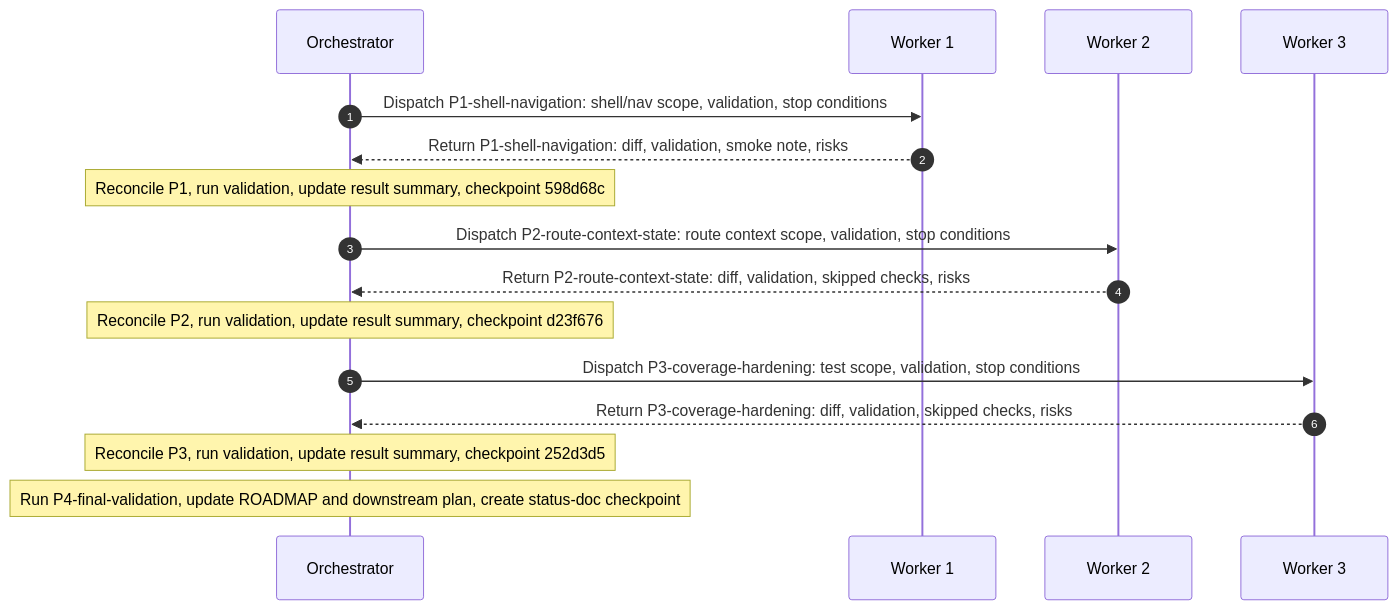
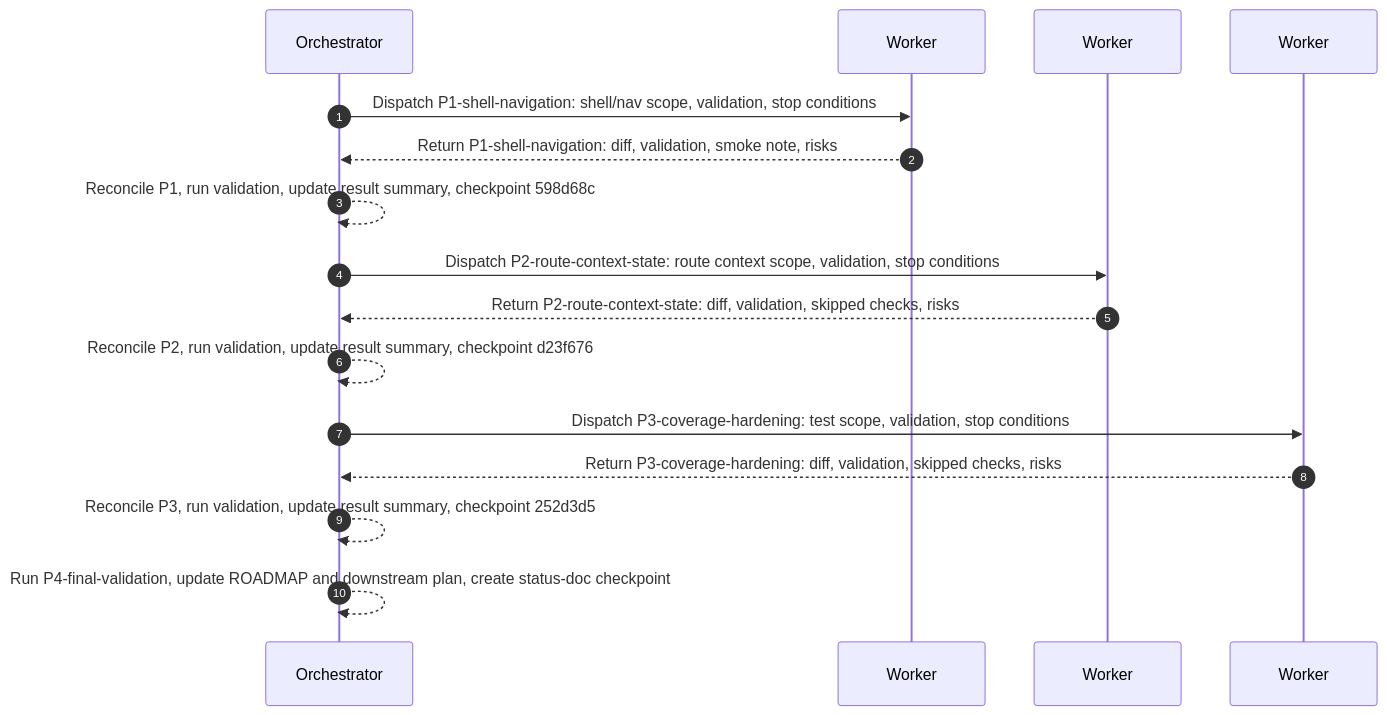
One commit to kamkie/technical-interview-frontend changed the diagram in .agents/plans/PLAN_production_ui_foundation.md. Above: the diagram before and after it, drawn with Mermaid. The commit also changed 4 other files, not shown here.

First line of the commit message:
docs(plans): replace `Note over` syntax in execution graphs with orchestrator self-messages

````diff
--- a/.agents/plans/PLAN_production_ui_foundation.md
+++ b/.agents/plans/PLAN_production_ui_foundation.md
@@ -481,22 +481,22 @@
 ```mermaid
 sequenceDiagram
     autonumber
     participant O as Orchestrator
-    participant W1 as Worker 1
-    participant W2 as Worker 2
-    participant W3 as Worker 3
+    participant W1 as Worker
+    participant W2 as Worker
+    participant W3 as Worker
 
     O->>W1: Dispatch P1-shell-navigation: shell/nav scope, validation, stop conditions
     W1-->>O: Return P1-shell-navigation: diff, validation, smoke note, risks
-    Note over O: Reconcile P1, run validation, update result summary, checkpoint 598d68c
+    O-->>O: Reconcile P1, run validation, update result summary, checkpoint 598d68c
 
     O->>W2: Dispatch P2-route-context-state: route context scope, validation, stop conditions
     W2-->>O: Return P2-route-context-state: diff, validation, skipped checks, risks
-    Note over O: Reconcile P2, run validation, update result summary, checkpoint d23f676
+    O-->>O: Reconcile P2, run validation, update result summary, checkpoint d23f676
 
     O->>W3: Dispatch P3-coverage-hardening: test scope, validation, stop conditions
     W3-->>O: Return P3-coverage-hardening: diff, validation, skipped checks, risks
-    Note over O: Reconcile P3, run validation, update result summary, checkpoint 252d3d5
+    O-->>O: Reconcile P3, run validation, update result summary, checkpoint 252d3d5
 
-    Note over O: Run P4-final-validation, update ROADMAP and downstream plan, create status-doc checkpoint
+    O-->>O: Run P4-final-validation, update ROADMAP and downstream plan, create status-doc checkpoint
 ```
````
